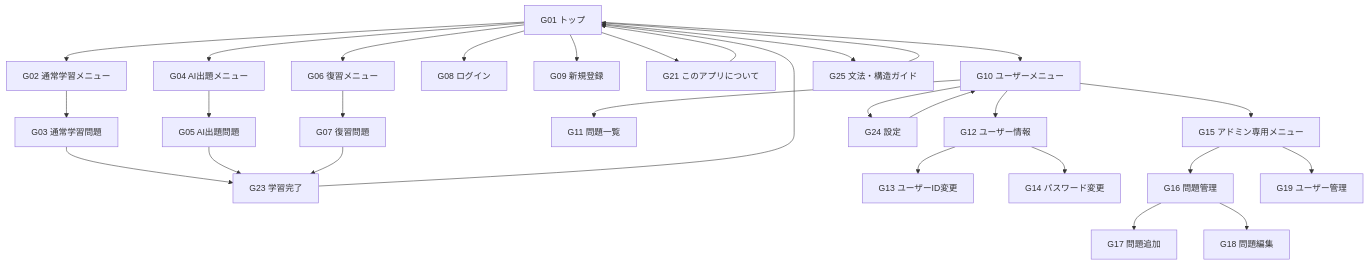
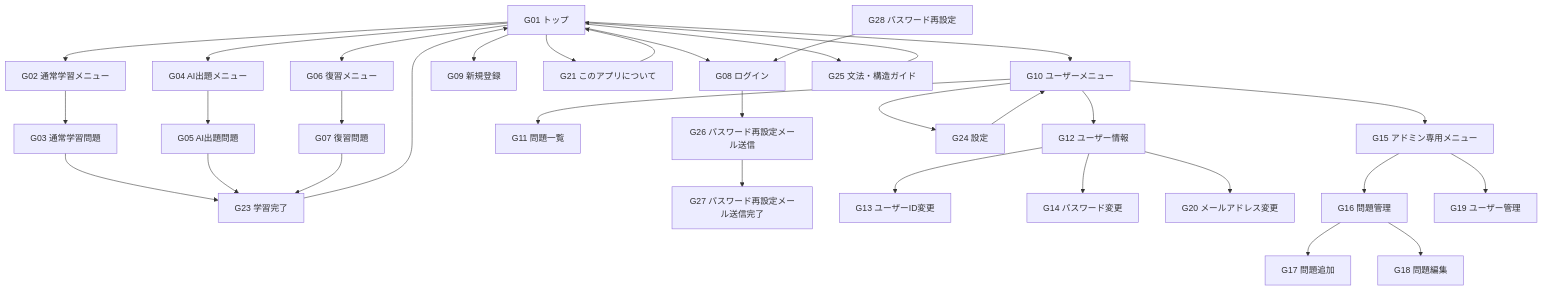
One commit to mawsonlakes790913/ChineseOutputTrainerApplication changed the second of 3 diagrams in docs/requirements/screen-transition.md. Above: the diagram before and after it, drawn with Mermaid. The commit also changed other lines of this file and 5 other files, not shown here.

````diff
--- a/docs/requirements/screen-transition.md
+++ b/docs/requirements/screen-transition.md
@@ -801,43 +818,49 @@
 ```mermaid
 flowchart TD
 
 A["G01 トップ"]
 
 A --> D["G02 通常学習メニュー"]
 A --> E["G04 AI出題メニュー"]
 A --> F["G06 復習メニュー"]
 A --> L["G08 ログイン"]
 A --> R["G09 新規登録"]
 A --> T["G21 このアプリについて"]
 A --> U["G10 ユーザーメニュー"]
 A --> S["G25 文法・構造ガイド"]
 
 D --> D2["G03 通常学習問題"]
 D2 --> Z["G23 学習完了"]
 
 E --> E2["G05 AI出題問題"]
 E2 --> Z
 
 F --> F2["G07 復習問題"]
 F2 --> Z
 
+L --> FP["G26 パスワード再設定メール送信"]
+FP --> FS["G27 パスワード再設定メール送信完了"]
+
+RP["G28 パスワード再設定"] --> L
+
 U --> U1["G11 問題一覧"]
 U --> U2["G12 ユーザー情報"]
 U --> U5["G24 設定"]
 U --> M["G15 アドミン専用メニュー"]
 
 U2 --> U3["G13 ユーザーID変更"]
 U2 --> U4["G14 パスワード変更"]
+U2 --> U6["G20 メールアドレス変更"]
 
 U5 --> U
 
 M --> M1["G16 問題管理"]
 M --> M2["G19 ユーザー管理"]
 
 M1 --> M11["G17 問題追加"]
 M1 --> M12["G18 問題編集"]
 
 S --> A
 Z --> A
 T --> A
 ```
````
